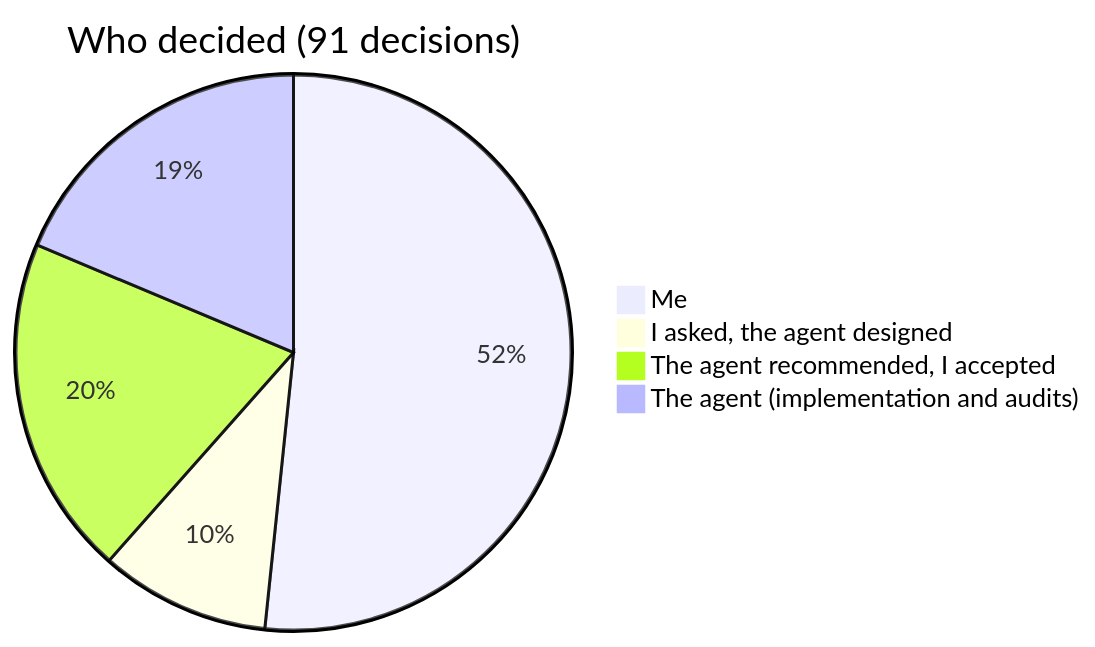
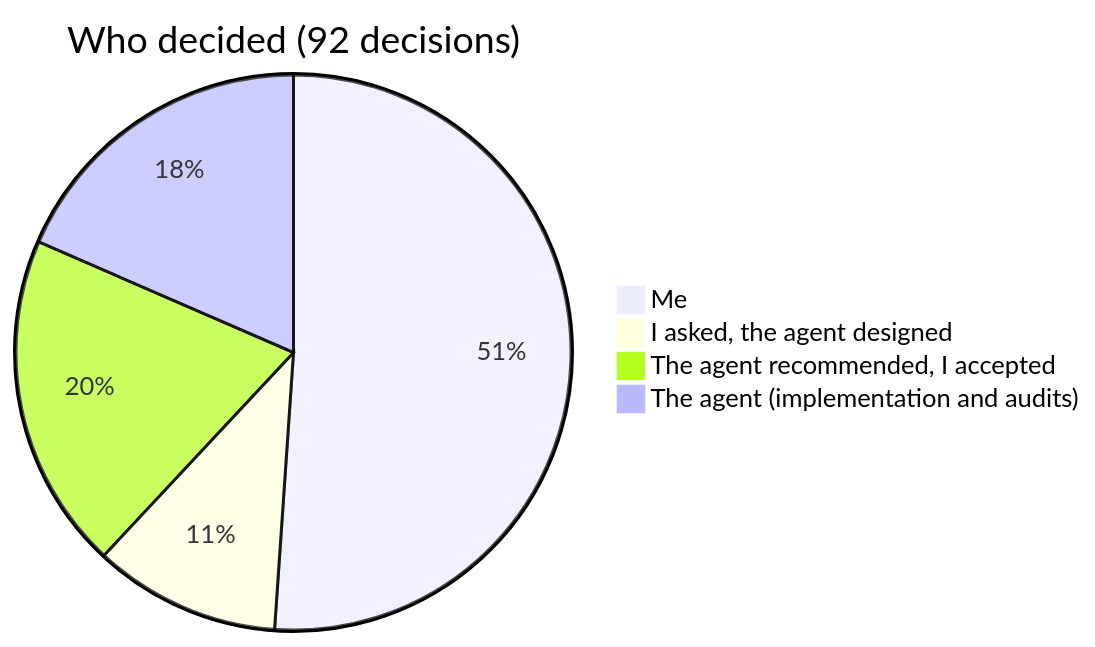
One commit to micaelcf/parcela-mais-case changed the sixth of 6 diagrams in README.en.md. Above: the diagram before and after it, drawn with Mermaid. The commit also changed other lines of this file and 7 other files, not shown here.

````diff
--- a/README.en.md
+++ b/README.en.md
@@ -178,7 +178,7 @@
 ```mermaid
-pie title Who decided (91 decisions)
+pie title Who decided (92 decisions)
     "Me" : 47
-    "I asked, the agent designed" : 9
+    "I asked, the agent designed" : 10
     "The agent recommended, I accepted" : 18
     "The agent (implementation and audits)" : 17
 ```
````
